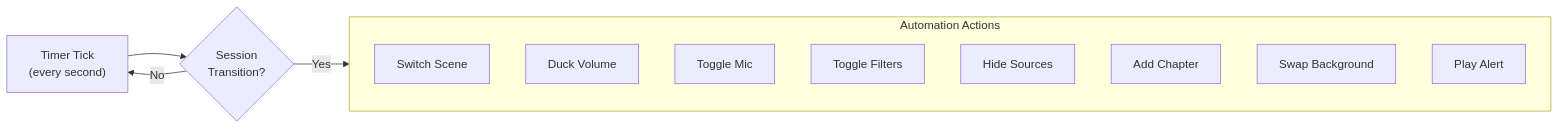
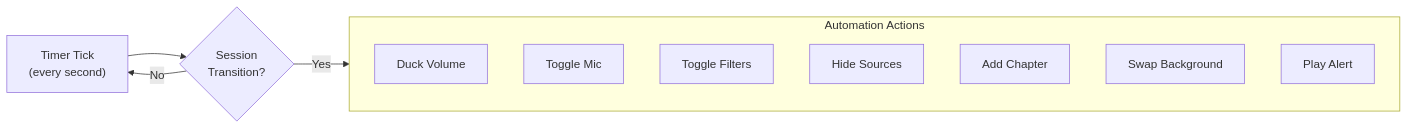
Before and after one commit to bhaskarjha-com/sbobs: the first of 2 diagrams in docs/automation-guide.md, drawn with Mermaid. The commit also changed other lines of this file and 10 other files, not shown here.

````diff
--- a/docs/automation-guide.md
+++ b/docs/automation-guide.md
@@ -9,17 +9,16 @@
 ```mermaid
 flowchart LR
     Timer["Timer Tick\n(every second)"] --> Check{"Session\nTransition?"}
     Check -->|No| Timer
     Check -->|Yes| Actions
     
     subgraph Actions["Automation Actions"]
-        Scene["Switch Scene"]
         Volume["Duck Volume"]
         Mic["Toggle Mic"]
         Filter["Toggle Filters"]
         Source["Hide Sources"]
         Chapter["Add Chapter"]
         Media["Swap Background"]
         Sound["Play Alert"]
     end
 ```
````
